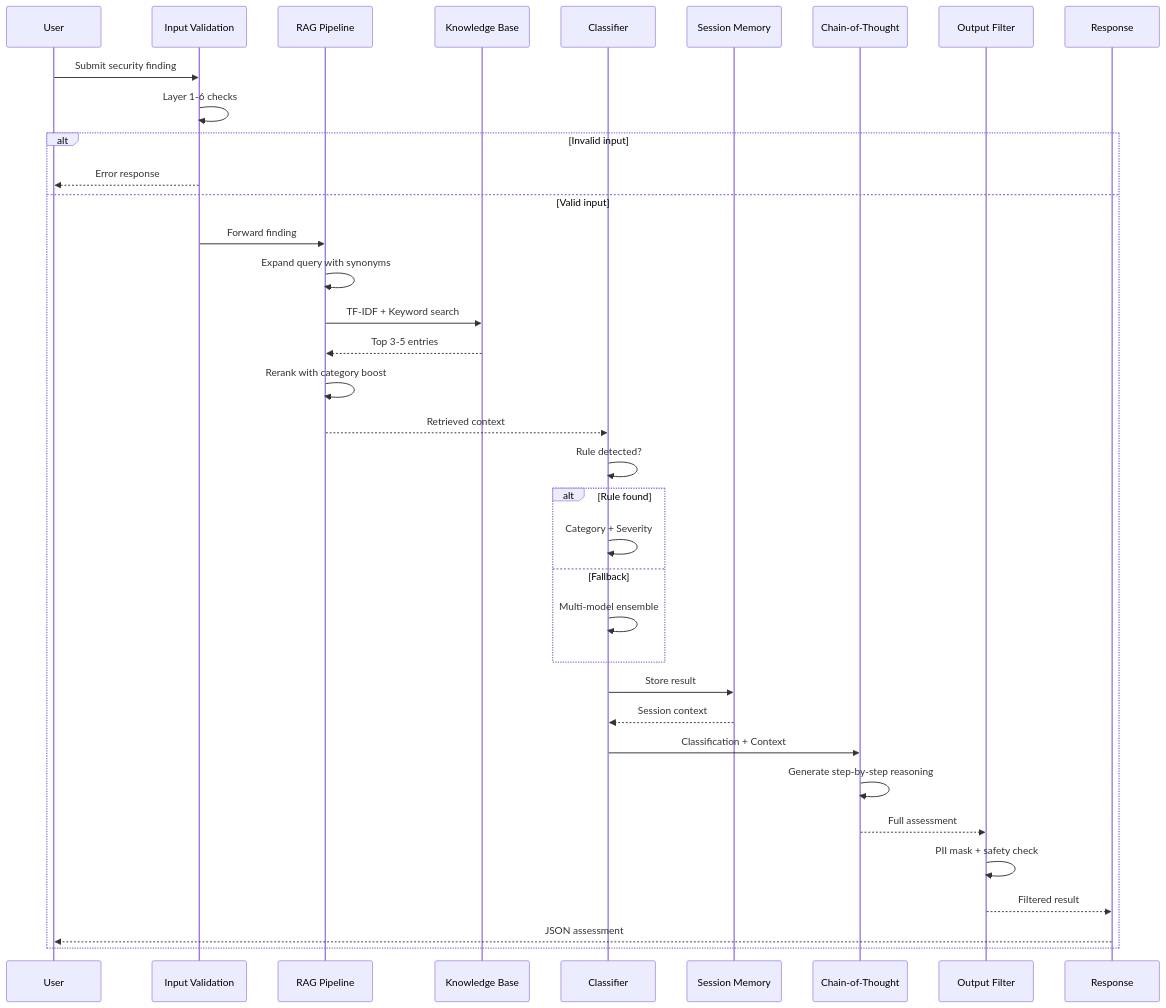
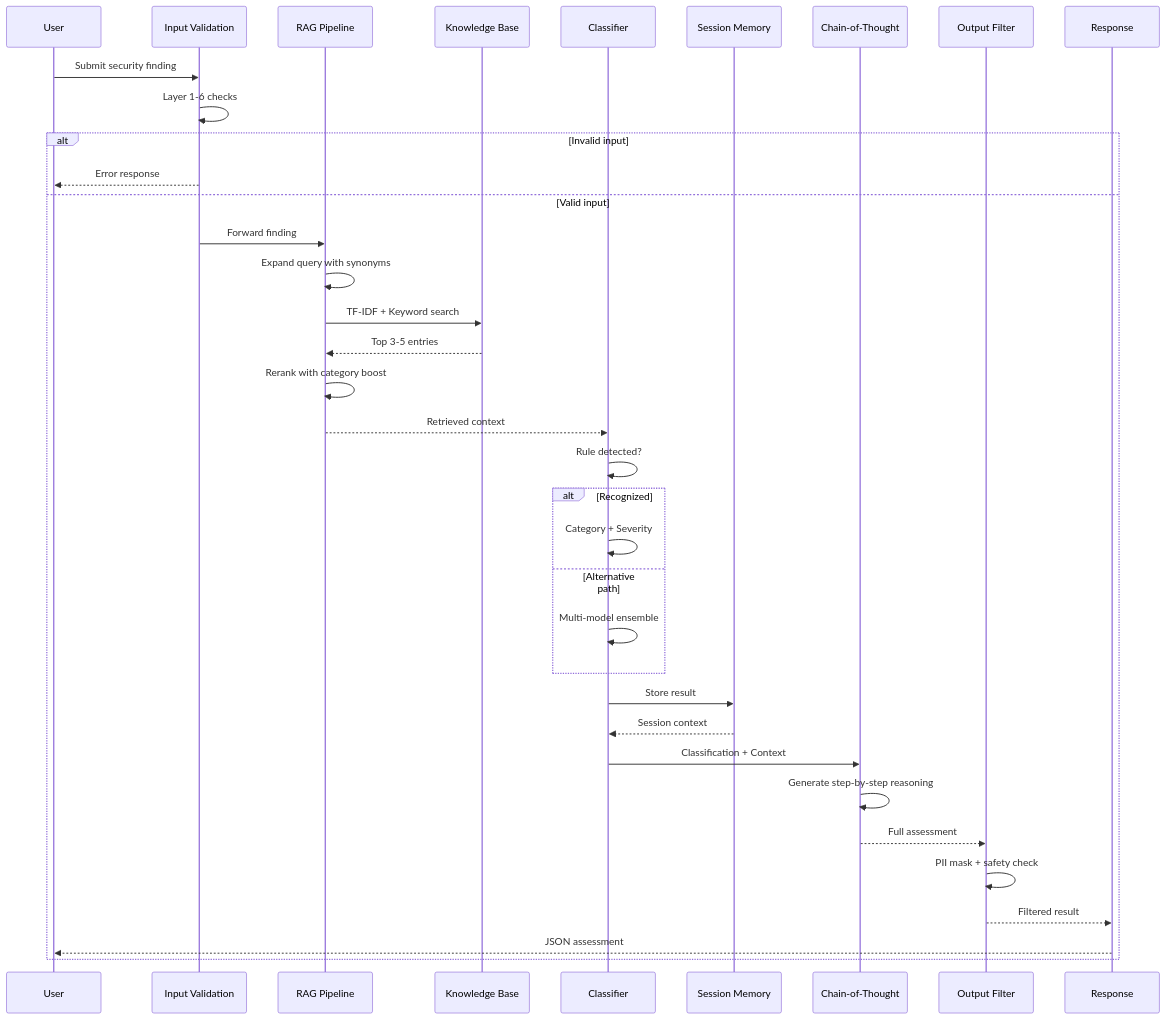
Before and after one commit to tukue/devsecops-platform-agent: the seventh of 10 diagrams in README.md, drawn with Mermaid. The commit also changed other lines of this file, not shown here.

Commit message:
Renaming diagram labels

````diff
--- a/README.md
+++ b/README.md
@@ -401,43 +401,43 @@
 ```mermaid
 sequenceDiagram
     participant User
     participant Validation as Input Validation
     participant RAG as RAG Pipeline
     participant KB as Knowledge Base
     participant Classify as Classifier
     participant Memory as Session Memory
     participant CoT as Chain-of-Thought
     participant Filter as Output Filter
     participant Response as Response
 
     User->>Validation: Submit security finding
     Validation->>Validation: Layer 1-6 checks
     alt Invalid input
         Validation-->>User: Error response
     else Valid input
         Validation->>RAG: Forward finding
         RAG->>RAG: Expand query with synonyms
         RAG->>KB: TF-IDF + Keyword search
         KB-->>RAG: Top 3-5 entries
         RAG->>RAG: Rerank with category boost
         RAG-->>Classify: Retrieved context
 
         Classify->>Classify: Rule detected?
-        alt Rule found
+        alt Recognized
             Classify->>Classify: Category + Severity
-        else Fallback
+        else Alternative path
             Classify->>Classify: Multi-model ensemble
         end
 
         Classify->>Memory: Store result
         Memory-->>Classify: Session context
 
         Classify->>CoT: Classification + Context
         CoT->>CoT: Generate step-by-step reasoning
         CoT-->>Filter: Full assessment
 
         Filter->>Filter: PII mask + safety check
         Filter-->>Response: Filtered result
         Response-->>User: JSON assessment
     end
 ```
````
